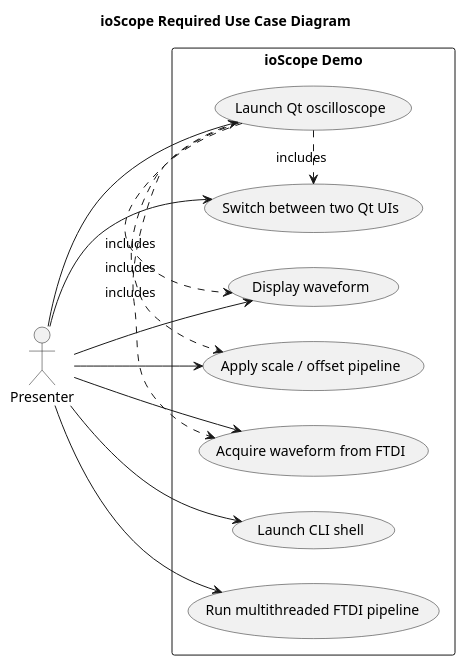
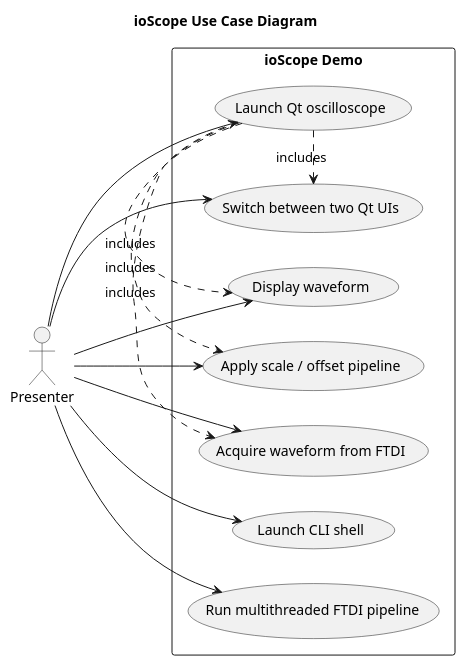
The diagram in docs/plantuml/io_scope_requirement_use_case.puml (jcwilson11/FTDI-Oscilloscope), drawn with PlantUML before and after one commit. The commit also changed 21 other files, not shown here.

Commit message:
updates to presentation diagrams and fixes for ftdi bytes reading

```diff
--- a/docs/plantuml/io_scope_requirement_use_case.puml
+++ b/docs/plantuml/io_scope_requirement_use_case.puml
@@ -1,27 +1,27 @@
 @startuml
-title ioScope Required Use Case Diagram
+title ioScope Use Case Diagram
 left to right direction
 
 actor "Presenter" as Presenter
 rectangle "ioScope Demo" {
   usecase "Launch Qt oscilloscope" as UC1
   usecase "Launch CLI shell" as UC2
   usecase "Switch between two Qt UIs" as UC3
   usecase "Display waveform" as UC4
   usecase "Apply scale / offset pipeline" as UC5
   usecase "Acquire waveform from FTDI" as UC6
   usecase "Run multithreaded FTDI pipeline" as UC7
 }
 
 Presenter --> UC1
 Presenter --> UC2
 Presenter --> UC3
 Presenter --> UC4
 Presenter --> UC5
 Presenter --> UC6
 Presenter --> UC7
 UC1 .> UC3 : includes
 UC1 .> UC4 : includes
 UC1 .> UC5 : includes
 UC1 .> UC6 : includes
 @enduml
```
